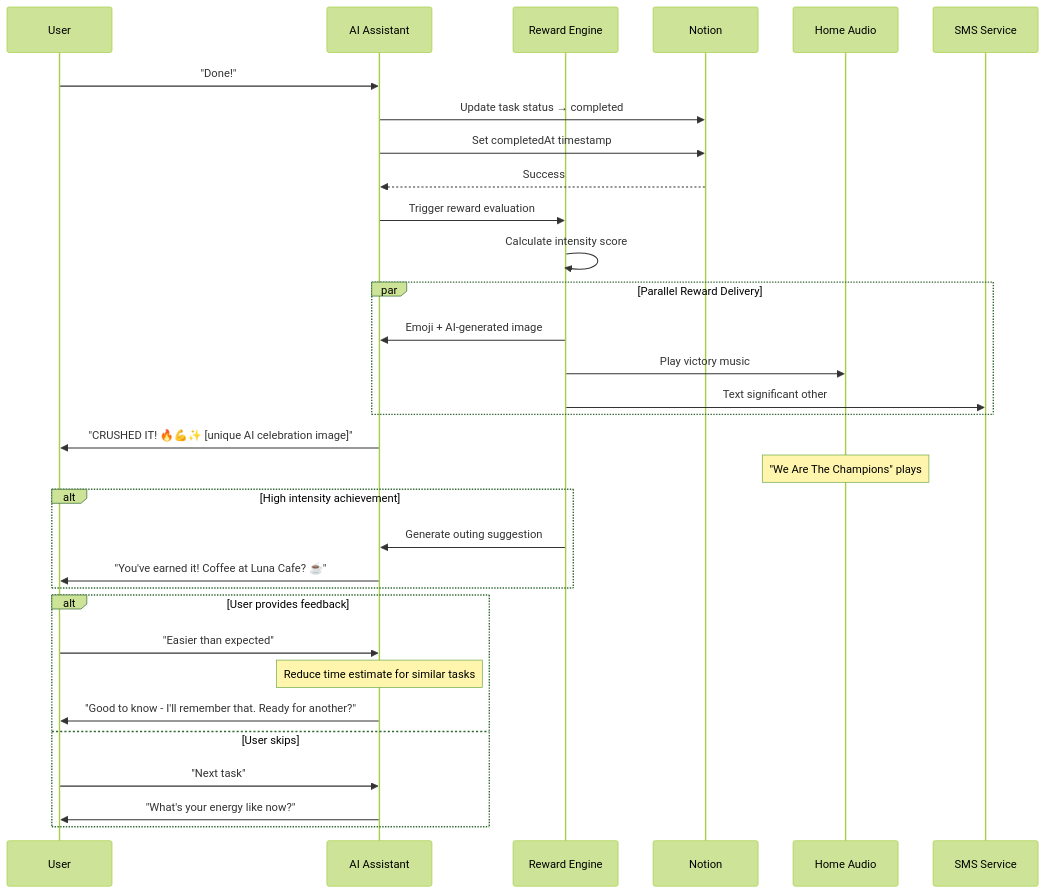
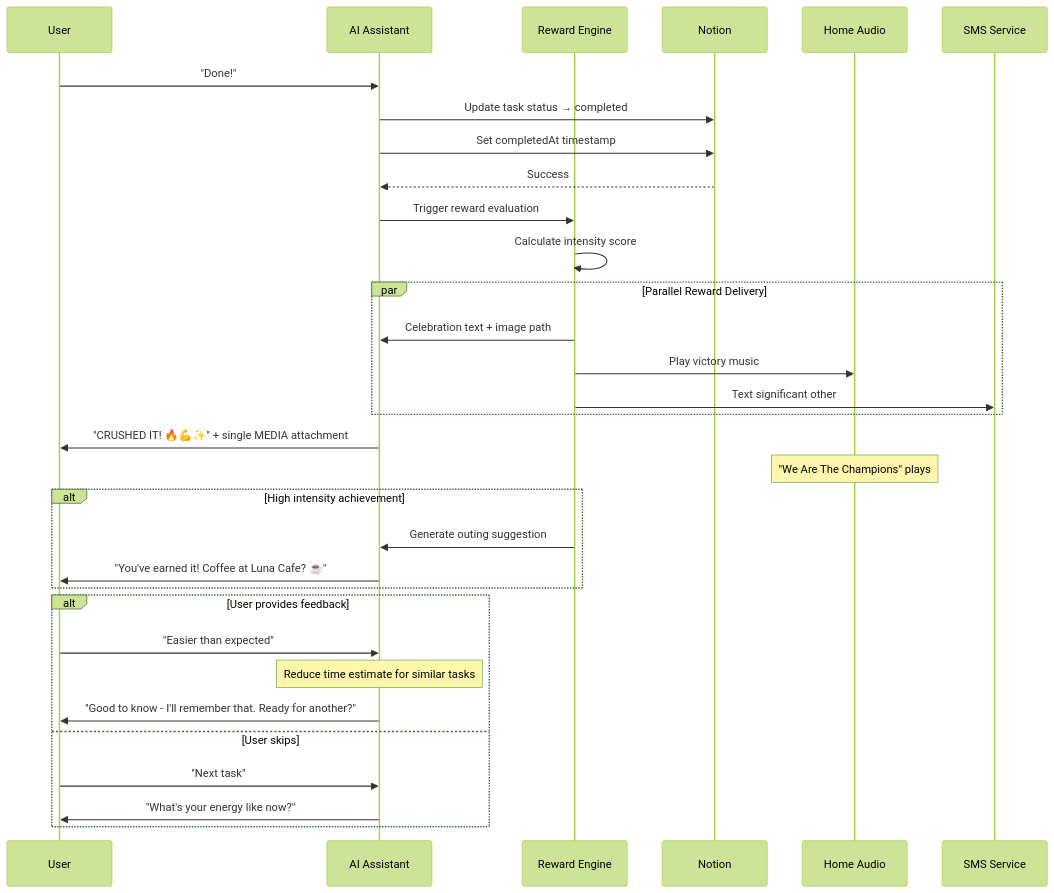
One commit to NickBorgersProbably/hide-my-list changed the eighth of 28 diagrams in docs/user-interactions.md. Above: the diagram before and after it, drawn with Mermaid (forest theme). The commit also changed other lines of this file and 2 other files, not shown here.

````diff
--- a/docs/user-interactions.md
+++ b/docs/user-interactions.md
@@ -206,42 +206,42 @@
 ```mermaid
 sequenceDiagram
     participant U as User
     participant AI as AI Assistant
     participant R as Reward Engine
     participant N as Notion
     participant HA as Home Audio
     participant SMS as SMS Service
 
     U->>AI: "Done!"
 
     AI->>N: Update task status → completed
     AI->>N: Set completedAt timestamp
     N-->>AI: Success
 
     AI->>R: Trigger reward evaluation
     R->>R: Calculate intensity score
 
     par Parallel Reward Delivery
-        R->>AI: Emoji + AI-generated image
+        R->>AI: Celebration text + image path
         R->>HA: Play victory music
         R->>SMS: Text significant other
     end
 
-    AI->>U: "CRUSHED IT! 🔥💪✨ [unique AI celebration image]"
+    AI->>U: "CRUSHED IT! 🔥💪✨" + single MEDIA attachment
 
     Note over HA: "We Are The Champions" plays
 
     alt High intensity achievement
         R->>AI: Generate outing suggestion
         AI->>U: "You've earned it! Coffee at Luna Cafe? ☕"
     end
 
     alt User provides feedback
         U->>AI: "Easier than expected"
         Note over AI: Reduce time estimate for similar tasks
         AI->>U: "Good to know - I'll remember that. Ready for another?"
     else User skips
         U->>AI: "Next task"
         AI->>U: "What's your energy like now?"
     end
 ```
````
